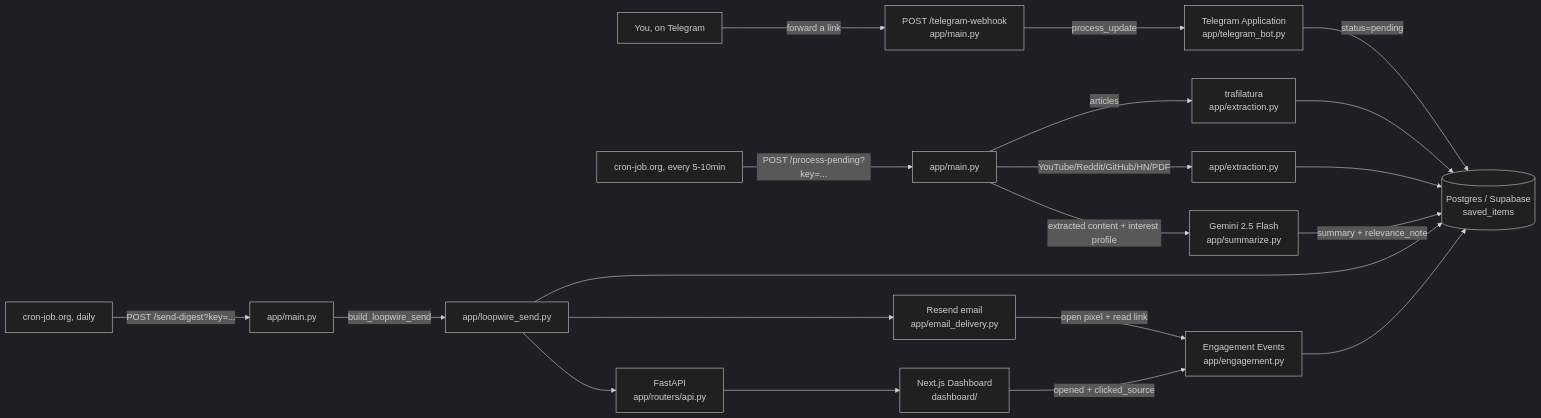
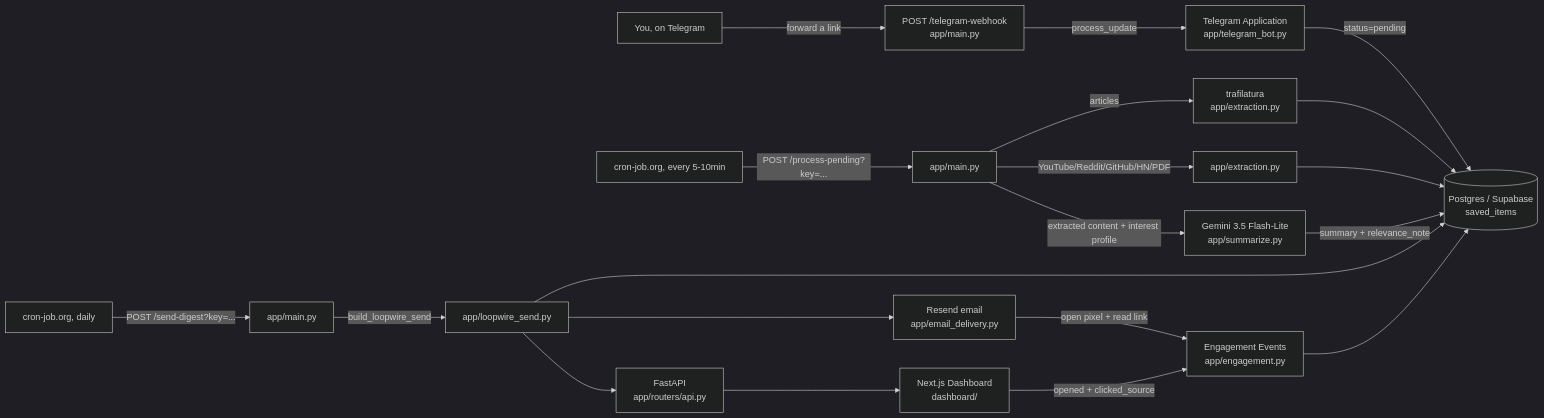
Before and after one commit to het2576/LoopWire: the diagram in README.md, drawn with Mermaid (dark theme). The commit also changed other lines of this file and 71 other files, not shown here.

````diff
--- a/README.md
+++ b/README.md
@@ -178,25 +182,25 @@
 ```mermaid
 flowchart LR
     U[You, on Telegram] -->|forward a link| WH[POST /telegram-webhook<br/>app/main.py]
     WH -->|process_update| TG[Telegram Application<br/>app/telegram_bot.py]
     TG -->|status=pending| DB[(Postgres / Supabase<br/>saved_items)]
 
     CRONP[cron-job.org, every 5-10min] -->|POST /process-pending?key=...| PP[app/main.py]
     PP -->|articles| EX1[trafilatura<br/>app/extraction.py]
     PP -->|YouTube/Reddit/GitHub/HN/PDF| EX2[app/extraction.py]
     EX1 --> DB
     EX2 --> DB
-    PP -->|extracted content + interest profile| SUM[Gemini 2.5 Flash<br/>app/summarize.py]
+    PP -->|extracted content + interest profile| SUM[Gemini 3.5 Flash-Lite<br/>app/summarize.py]
     SUM -->|summary + relevance_note| DB
 
     CRONS[cron-job.org, daily] -->|POST /send-digest?key=...| SENDEP[app/main.py]
     SENDEP -->|build_loopwire_send| SEND[app/loopwire_send.py]
     SEND --> DB
     SEND --> EMAIL[Resend email<br/>app/email_delivery.py]
     SEND --> API[FastAPI<br/>app/routers/api.py]
     API --> WEB[Next.js Dashboard<br/>dashboard/]
 
     EMAIL -->|open pixel + read link| ENG[Engagement Events<br/>app/engagement.py]
     WEB -->|opened + clicked_source| ENG
     ENG --> DB
 ```
````
